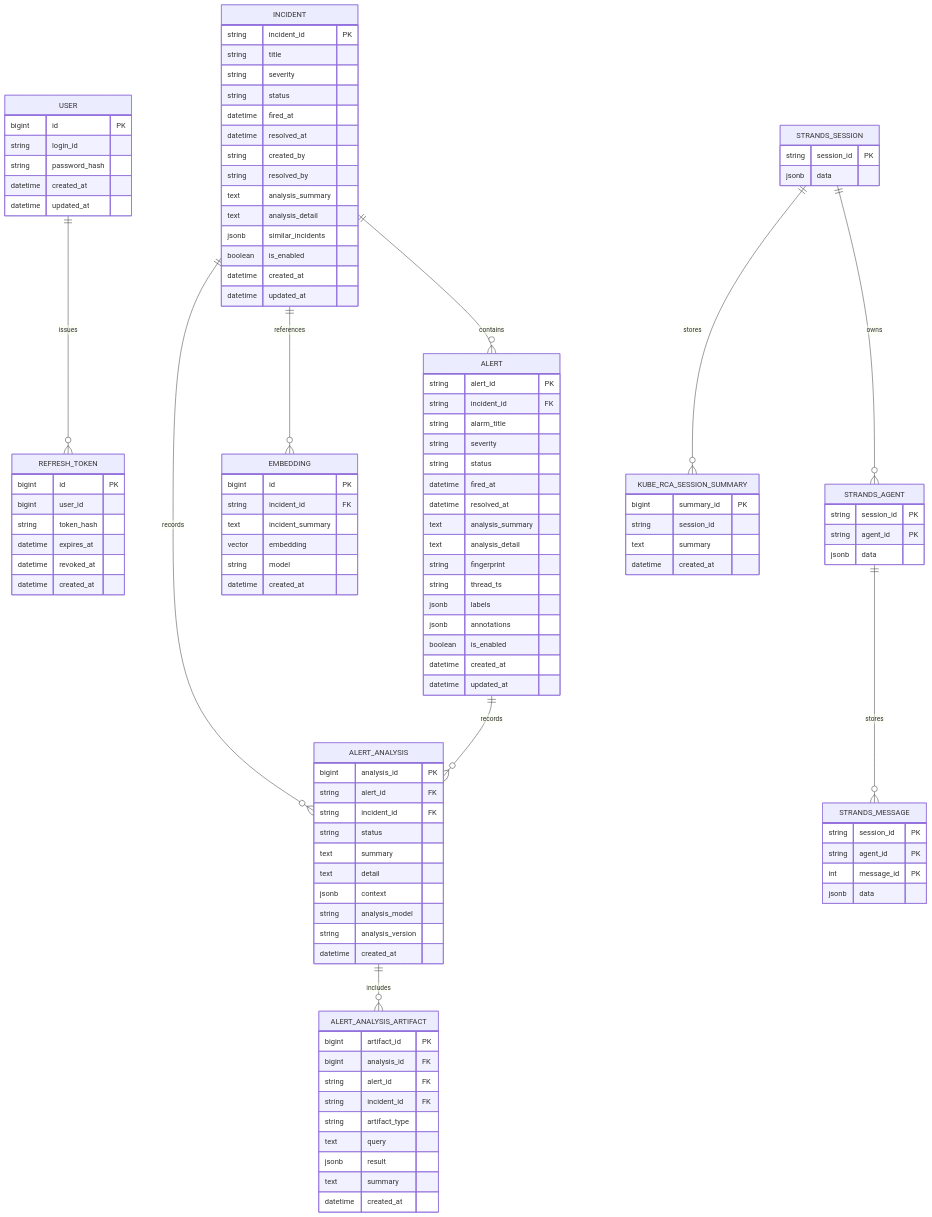
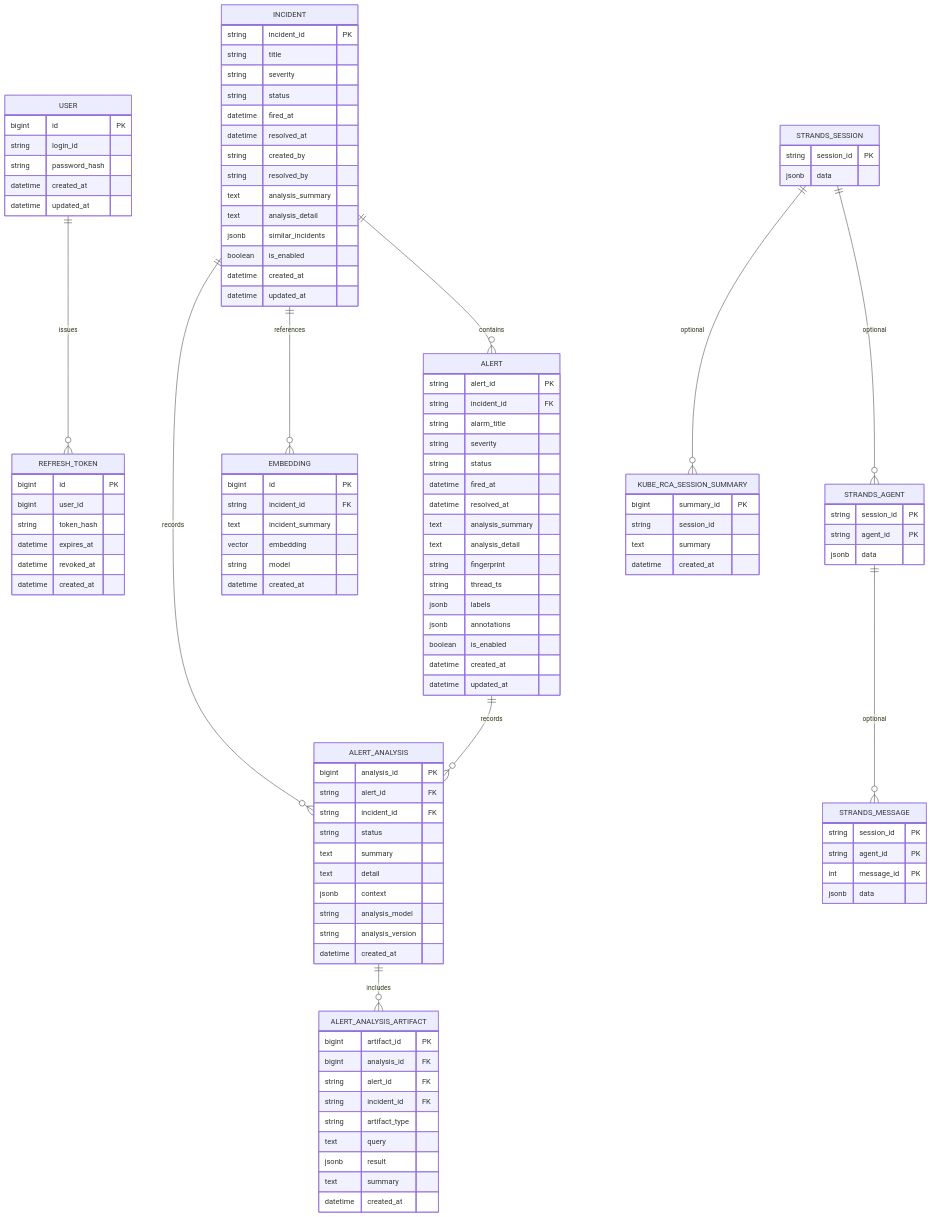
One commit to kube-rca/kuberca changed the diagram in docs/diagrams/entity_relationship_diagram.md. Above: the diagram before and after it, drawn with Mermaid. The commit also changed 5 other files, not shown here.

Commit message:
docs(diagrams): sync architecture and planned scope

````diff
--- a/docs/diagrams/entity_relationship_diagram.md
+++ b/docs/diagrams/entity_relationship_diagram.md
@@ -1,14 +1,15 @@
 ```mermaid
 erDiagram
+  %% STRANDS_* and KUBE_RCA_SESSION_SUMMARY are used when session DB is enabled.
   USER ||--o{ REFRESH_TOKEN : issues
   INCIDENT ||--o{ ALERT : contains
   INCIDENT ||--o{ EMBEDDING : references
   INCIDENT ||--o{ ALERT_ANALYSIS : records
   ALERT ||--o{ ALERT_ANALYSIS : records
   ALERT_ANALYSIS ||--o{ ALERT_ANALYSIS_ARTIFACT : includes
-  STRANDS_SESSION ||--o{ STRANDS_AGENT : owns
-  STRANDS_AGENT ||--o{ STRANDS_MESSAGE : stores
-  STRANDS_SESSION ||--o{ KUBE_RCA_SESSION_SUMMARY : stores
+  STRANDS_SESSION ||--o{ STRANDS_AGENT : optional
+  STRANDS_AGENT ||--o{ STRANDS_MESSAGE : optional
+  STRANDS_SESSION ||--o{ KUBE_RCA_SESSION_SUMMARY : optional
 
   USER {
     bigint id PK
````
